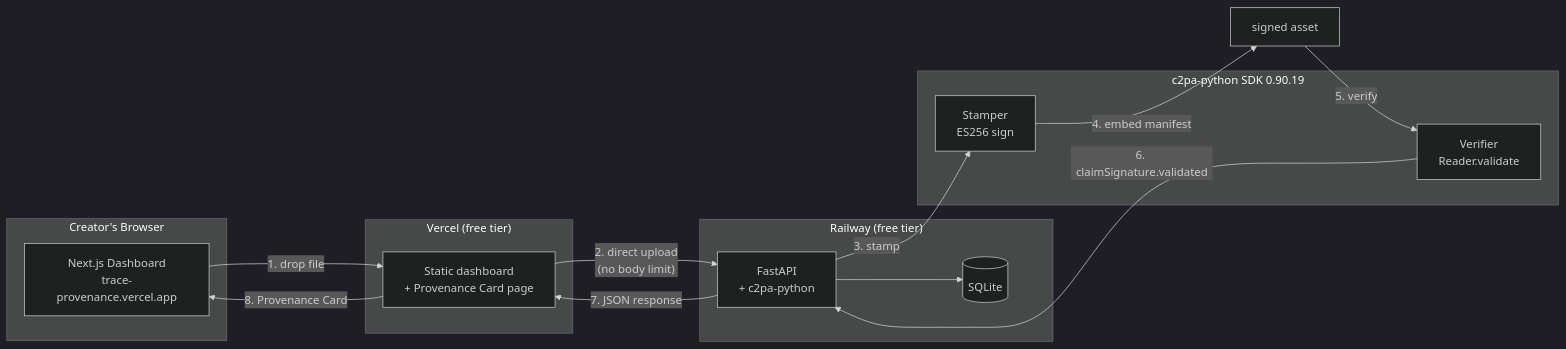
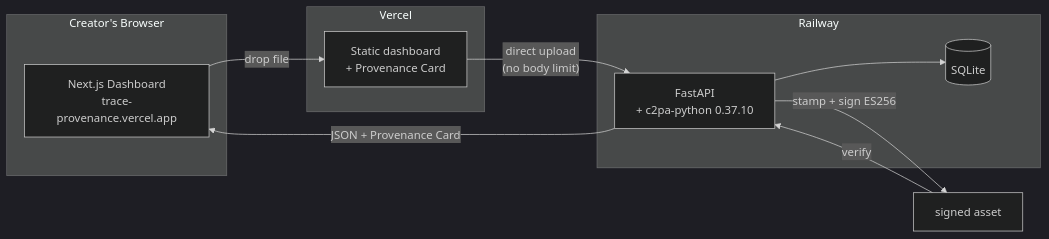
Before and after one commit to sodiq-code/trace: the diagram in README.md, drawn with Mermaid (dark theme). The commit also changed other lines of this file and 7 other files, not shown here.

````diff
--- a/README.md
+++ b/README.md
@@ -160,30 +35,19 @@
 ```mermaid
 flowchart LR
-  subgraph Browser["Creator's Browser"]
-    UI["Next.js Dashboard<br/>trace-provenance.vercel.app"]
-  end
-
-  subgraph Vercel["Vercel (free tier)"]
-    STATIC["Static dashboard<br/>+ Provenance Card page"]
-  end
-
-  subgraph Railway["Railway (free tier)"]
-    API["FastAPI<br/>+ c2pa-python"]
-    DB[("SQLite")]
-    API --> DB
-  end
-
-  subgraph c2pa["c2pa-python SDK 0.90.19"]
-    STAMP["Stamper<br/>ES256 sign"]
-    VERIFY["Verifier<br/>Reader.validate"]
-  end
-
-  UI -->|"1. drop file"| STATIC
-  STATIC -->|"2. direct upload<br/>(no body limit)"| API
-  API -->|"3. stamp"| STAMP
-  STAMP -->|"4. embed manifest"| FILE["signed asset"]
-  FILE -->|"5. verify"| VERIFY
-  VERIFY -->|"6. claimSignature.validated"| API
-  API -->|"7. JSON response"| STATIC
-  STATIC -->|"8. Provenance Card"| UI
+    subgraph Browser["Creator's Browser"]
+        UI["Next.js Dashboard<br/>trace-provenance.vercel.app"]
+    end
+    subgraph Vercel["Vercel"]
+        STATIC["Static dashboard<br/>+ Provenance Card"]
+    end
+    subgraph Railway["Railway"]
+        API["FastAPI<br/>+ c2pa-python 0.37.10"]
+        DB[("SQLite")]
+        API --> DB
+    end
+    UI -->|"drop file"| STATIC
+    STATIC -->|"direct upload<br/>(no body limit)"| API
+    API -->|"stamp + sign ES256"| FILE["signed asset"]
+    FILE -->|"verify"| API
+    API -->|"JSON + Provenance Card"| UI
 ```
````
